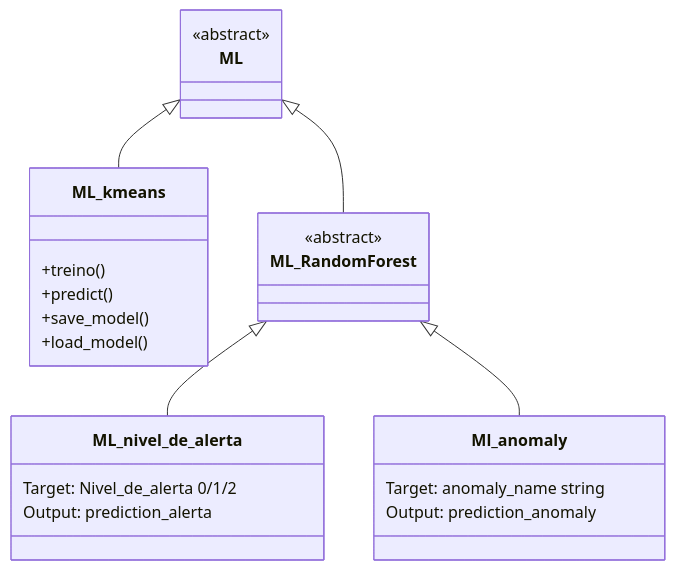
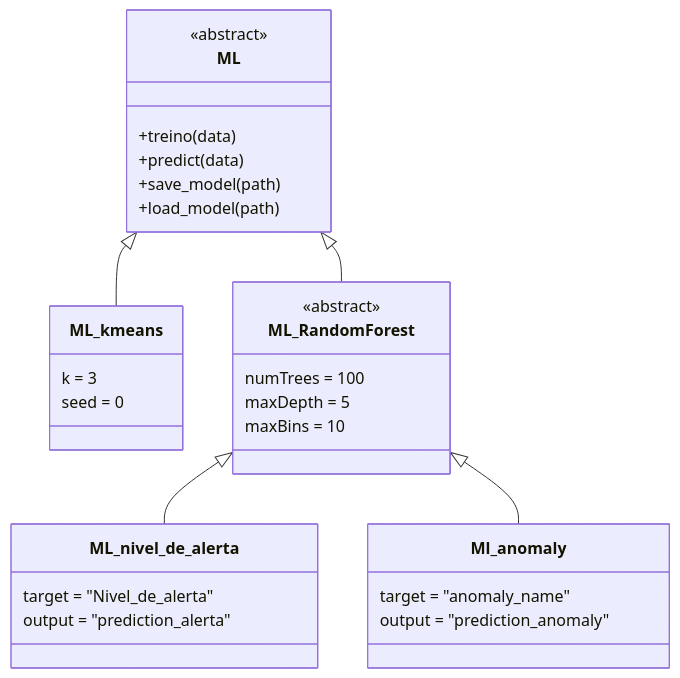
The third of 4 diagrams in README.md (levi549/meteorologia), drawn with Mermaid before and after one commit. The commit also changed other lines of this file and 1 other file, not shown here.

````diff
--- a/README.md
+++ b/README.md
@@ -361,28 +331,32 @@
 ```mermaid
 classDiagram
     class ML {
         <<abstract>>
+        +treino(data)
+        +predict(data)
+        +save_model(path)
+        +load_model(path)
     }
     class ML_kmeans {
-        +treino()
-        +predict()
-        +save_model()
-        +load_model()
+        k = 3
+        seed = 0
     }
     class ML_RandomForest {
         <<abstract>>
+        numTrees = 100
+        maxDepth = 5
+        maxBins = 10
     }
     class ML_nivel_de_alerta {
-        Target: Nivel_de_alerta 0/1/2
-        Output: prediction_alerta
+        target = "Nivel_de_alerta"
+        output = "prediction_alerta"
     }
     class Ml_anomaly {
-        Target: anomaly_name string
-        Output: prediction_anomaly
+        target = "anomaly_name"
+        output = "prediction_anomaly"
     }
-
     ML <|-- ML_kmeans
     ML <|-- ML_RandomForest
     ML_RandomForest <|-- ML_nivel_de_alerta
     ML_RandomForest <|-- Ml_anomaly
 ```
````
